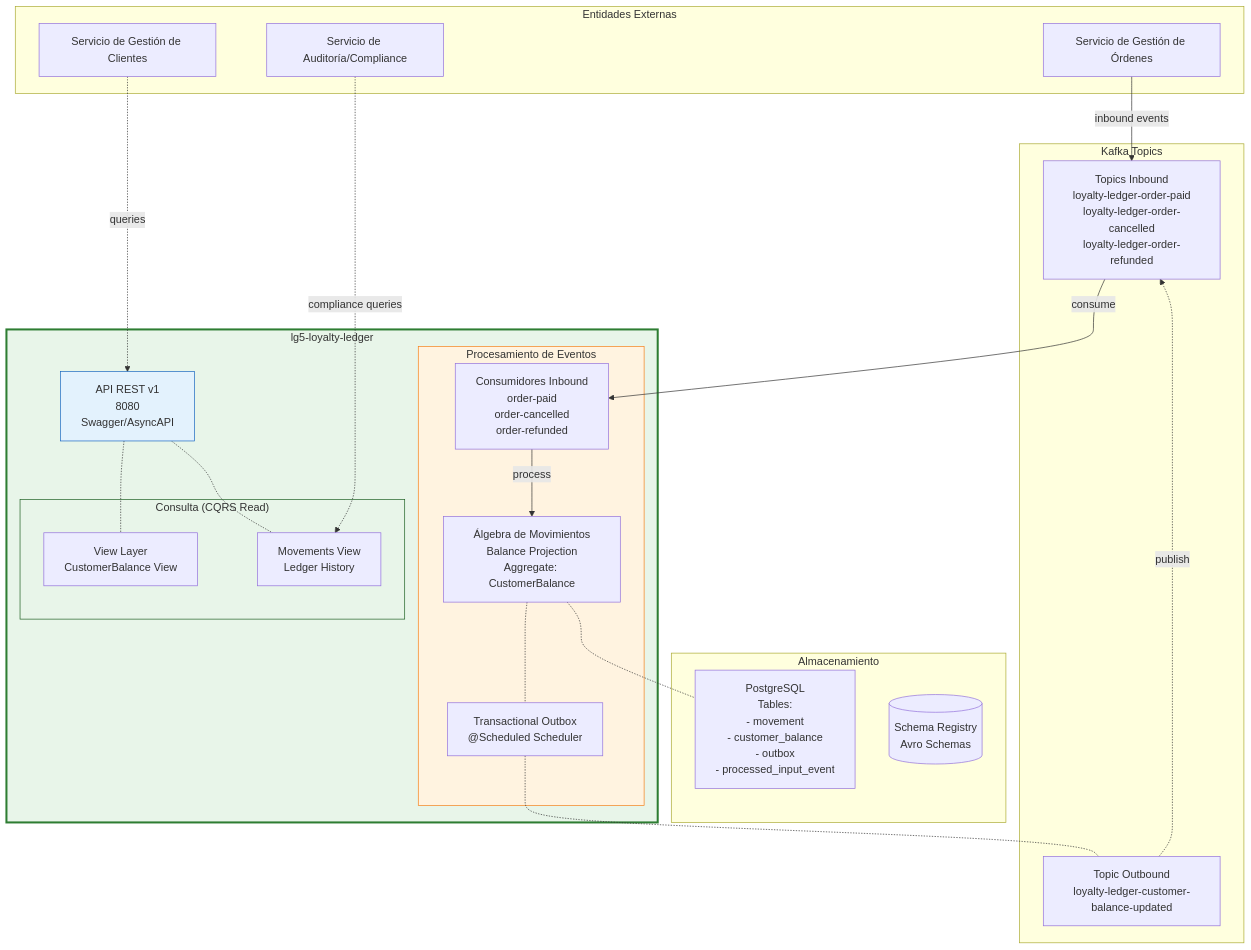
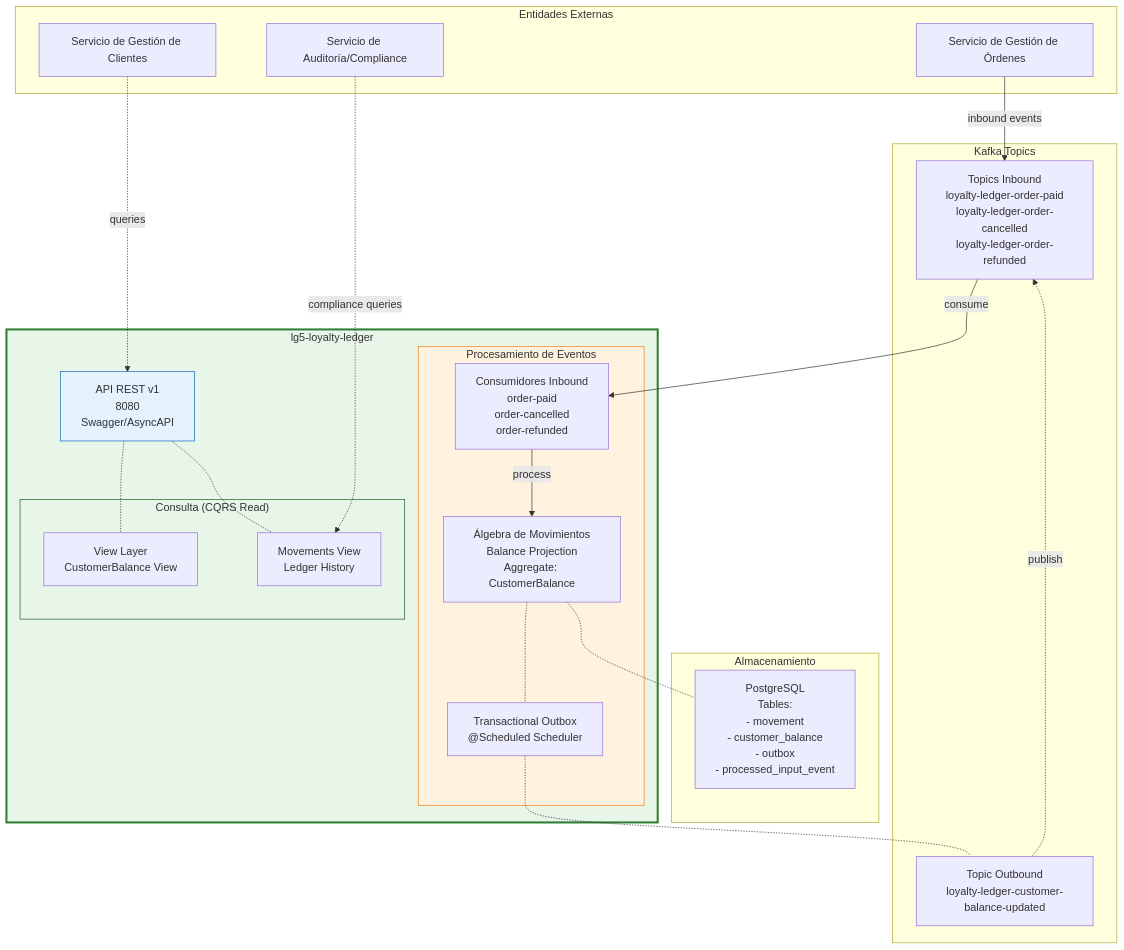
One commit to lg-labs/lg5-loyalty-ledger changed the fifth of 5 diagrams in docs/architecture/architecture.md. Above: the diagram before and after it, drawn with Mermaid. The commit also changed other lines of this file and 34 other files, not shown here.

````diff
--- a/docs/architecture/architecture.md
+++ b/docs/architecture/architecture.md
@@ -336,53 +231,50 @@
 ```mermaid
 graph TB
-    subgraph External ["Entidades Externas"]
+    subgraph External["Entidades Externas"]
         CustomerSvc[Servicio de Gestión de Clientes]
         OrderSvc[Servicio de Gestión de Órdenes]
         AuditSvc[Servicio de Auditoría/Compliance]
     end
 
-    subgraph LG5Loyalty ["lg5-loyalty-ledger"]
+    subgraph LG5Loyalty["lg5-loyalty-ledger"]
         API[API REST v1<br/>8080<br/>Swagger/AsyncAPI]
         
-        subgraph Processing ["Procesamiento de Eventos"]
+        subgraph Processing["Procesamiento de Eventos"]
             Inbound[Consumidores Inbound<br/>order-paid<br/>order-cancelled<br/>order-refunded]
             Ledger[Álgebra de Movimientos<br/>Balance Projection<br/>Aggregate: CustomerBalance]
             Outbox[Transactional Outbox<br/>@Scheduled Scheduler]
         end
         
-        subgraph Querying ["Consulta (CQRS Read)"]
+        subgraph Querying["Consulta (CQRS Read)"]
             Projection[View Layer<br/>CustomerBalance View]
             History[Movements View<br/>Ledger History]
         end
     end
 
-    subgraph Storage ["Almacenamiento"]
+    subgraph Storage["Almacenamiento"]
         DB[PostgreSQL<br/>Tables:<br/>- movement<br/>- customer_balance<br/>- outbox<br/>- processed_input_event]
-        Messages[(Schema Registry<br/>Avro Schemas)]
     end
 
-    subgraph KafkaTopics ["Kafka Topics"]
+    subgraph KafkaTopics["Kafka Topics"]
         InboundTopics[Topics Inbound<br/>loyalty-ledger-order-paid<br/>loyalty-ledger-order-cancelled<br/>loyalty-ledger-order-refunded]
         OutboundTopic[Topic Outbound<br/>loyalty-ledger-customer-balance-updated]
     end
 
-    %% Flows
     OrderSvc -->|inbound events| InboundTopics
     CustomerSvc -.->|queries| API
     API -.- Projection
     API -.- History
     AuditSvc -.->|compliance queries| History
     
     InboundTopics -->|consume| Inbound
     Inbound -->|process| Ledger
     Ledger -.- DB
     Ledger -.- Outbox
     Outbox -.- OutboundTopic
     OutboundTopic -.->|publish| InboundTopics
     
-    %% Styling
     style LG5Loyalty fill:#e8f5e9,stroke:#2e7d32,stroke-width:3px
     style API fill:#e3f2fd,stroke:#1565c0
     style Processing fill:#fff3e0,stroke:#f57f17
     style Querying fill:#e8f5e9,stroke:#1b5e20
 ```
````
